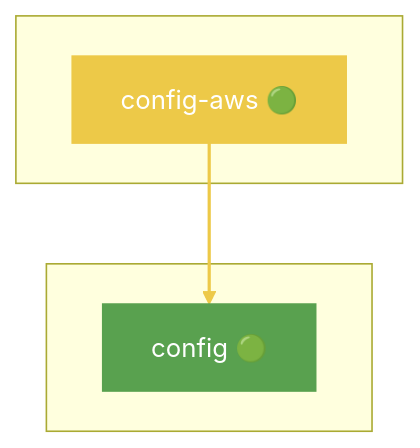
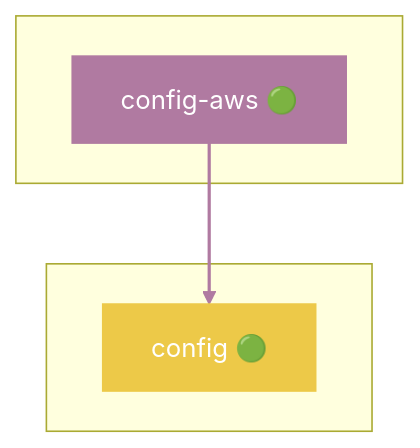
One commit to grest-ts/grest-ts changed the eighth of 45 diagrams in docs/DEPENDENCIES.md. Above: the diagram before and after it, drawn with Mermaid. The commit also changed other lines of this file and 6 other files, not shown here.

````diff
--- a/docs/DEPENDENCIES.md
+++ b/docs/DEPENDENCIES.md
@@ -607,13 +625,13 @@
 ```mermaid
 flowchart TB
     subgraph Package[" "]
         config-aws["config-aws 🟢"]
     end
     subgraph Dependencies[" "]
         config["config 🟢"]
     end
     config-aws --> config
-    style config-aws fill:#EDC948,stroke:#EDC948,color:#fff
-    style config fill:#59A14F,stroke:#59A14F,color:#fff
-    linkStyle 0 stroke:#EDC948,stroke-width:2px
+    style config-aws fill:#B07AA1,stroke:#B07AA1,color:#fff
+    style config fill:#EDC948,stroke:#EDC948,color:#fff
+    linkStyle 0 stroke:#B07AA1,stroke-width:2px
 ```
````
